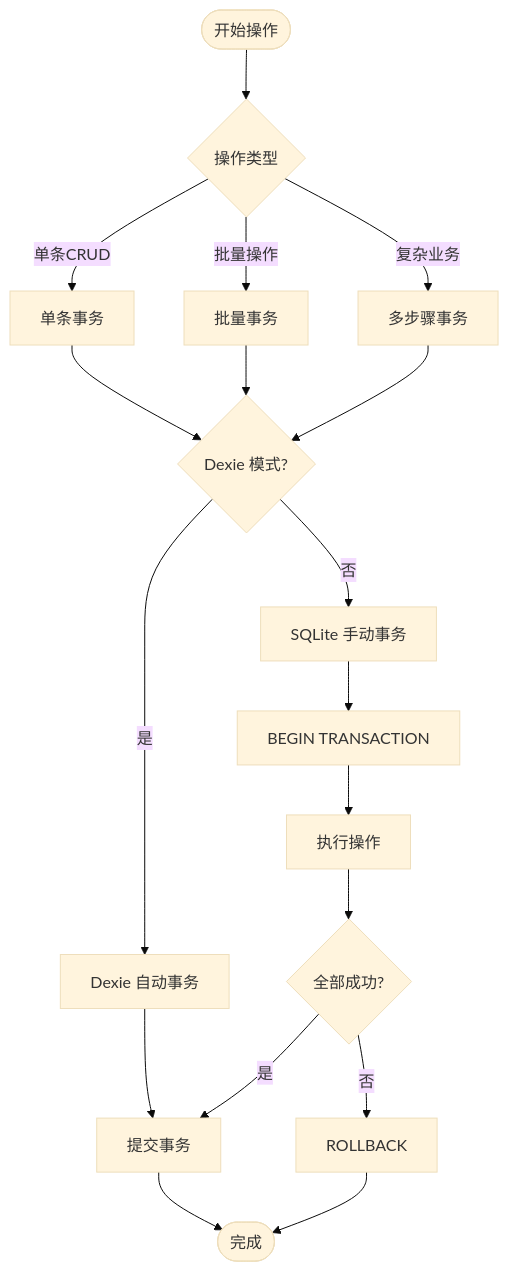
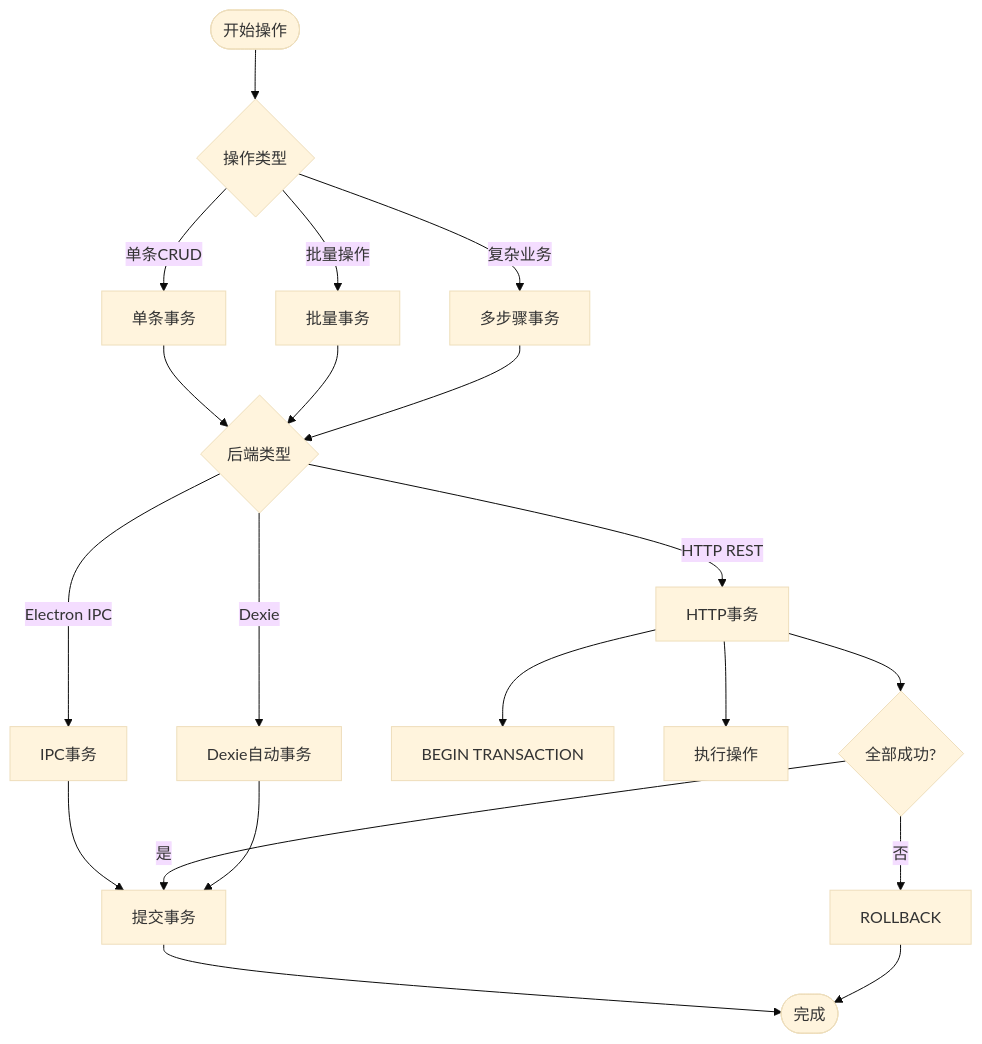
Before and after one commit to AlbusWei/AI-Image-Studio: the ninth of 10 diagrams in .qoder/repowiki/zh/content/架构设计/数据流设计/数据库持久化.md, drawn with Mermaid (base theme). The commit also changed other lines of this file and 26 other files, not shown here.

First line of the commit message:
fix: 修复 Electron 模式下 Gallery 无法显示图片的 3 个断裂点

````diff
--- a/.qoder/repowiki/zh/content/架构设计/数据流设计/数据库持久化.md
+++ b/.qoder/repowiki/zh/content/架构设计/数据流设计/数据库持久化.md
@@ -466,20 +571,22 @@
 ```mermaid
 flowchart TD
 Start(["开始操作"]) --> CheckType{"操作类型"}
 CheckType --> |单条CRUD| SingleTx["单条事务"]
 CheckType --> |批量操作| BatchTx["批量事务"]
 CheckType --> |复杂业务| MultiStep["多步骤事务"]
-SingleTx --> DexieMode{"Dexie 模式?"}
-BatchTx --> DexieMode
-MultiStep --> DexieMode
-DexieMode --> |是| DexieTx["Dexie 自动事务"]
-DexieMode --> |否| SqliteTx["SQLite 手动事务"]
-DexieTx --> Commit["提交事务"]
-SqliteTx --> Begin["BEGIN TRANSACTION"]
-Begin --> Execute["执行操作"]
-Execute --> Success{"全部成功?"}
+SingleTx --> BackendType{"后端类型"}
+BatchTx --> BackendType
+MultiStep --> BackendType
+BackendType --> |Electron IPC| IpcTx["IPC事务"]
+BackendType --> |HTTP REST| HttpTx["HTTP事务"]
+BackendType --> |Dexie| DexieTx["Dexie自动事务"]
+IpcTx --> Commit["提交事务"]
+HttpTx --> Begin["BEGIN TRANSACTION"]
+HttpTx --> Execute["执行操作"]
+HttpTx --> Success{"全部成功?"}
 Success --> |是| Commit
 Success --> |否| Rollback["ROLLBACK"]
+DexieTx --> Commit
 Commit --> End(["完成"])
 Rollback --> End
 ```
````
